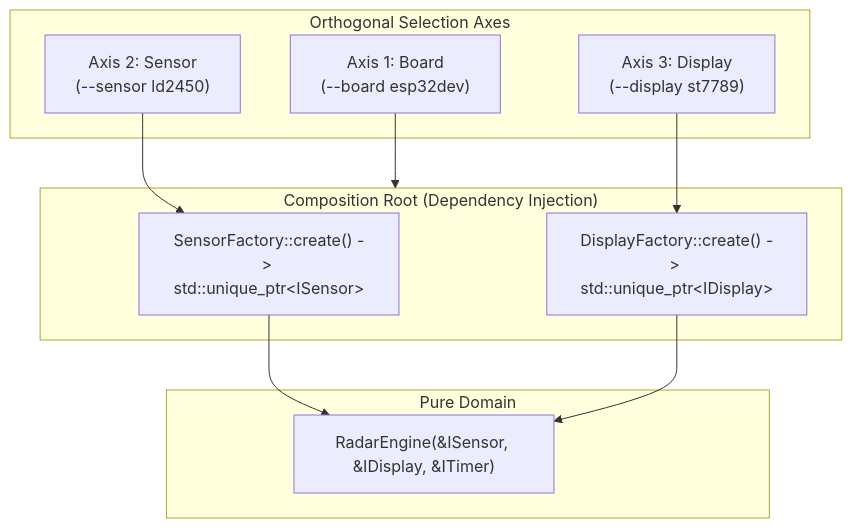
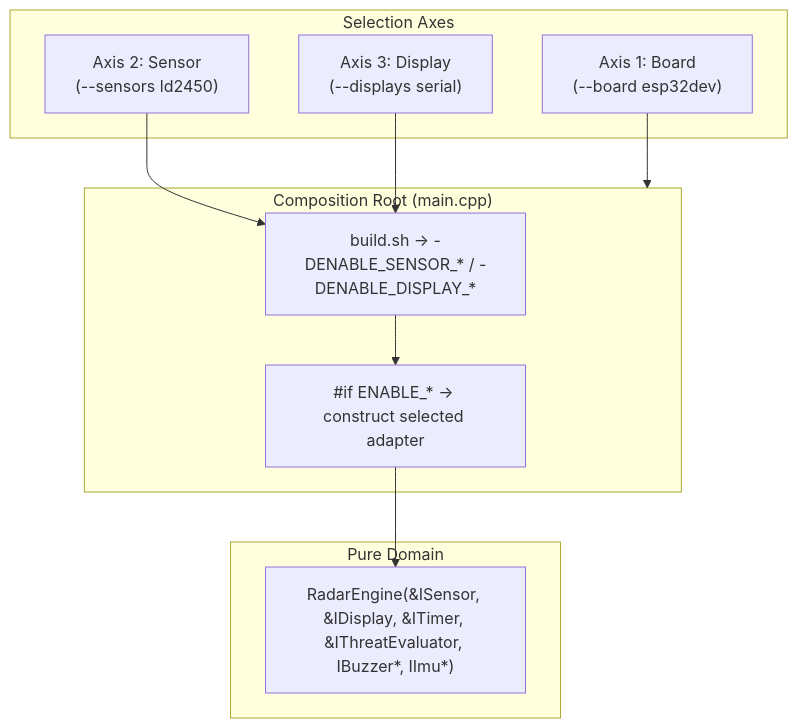
One commit to JaWitold/heartbeat-radar-sensor changed the diagram in docs/orthogonal-architecture.md. Above: the diagram before and after it, drawn with Mermaid. The commit also changed other lines of this file and 26 other files, not shown here.

````diff
--- a/docs/orthogonal-architecture.md
+++ b/docs/orthogonal-architecture.md
@@ -21,23 +21,23 @@
 ```mermaid
 flowchart TD
-    subgraph Axes["Orthogonal Selection Axes"]
+    subgraph Axes["Selection Axes"]
         Board["Axis 1: Board\n(--board esp32dev)"]
-        Sensor["Axis 2: Sensor\n(--sensor ld2450)"]
-        Display["Axis 3: Display\n(--display st7789)"]
+        Sensor["Axis 2: Sensor\n(--sensors ld2450)"]
+        Display["Axis 3: Display\n(--displays serial)"]
     end
 
-    subgraph Factory["Composition Root (Dependency Injection)"]
-        SensorFactory["SensorFactory::create() -> std::unique_ptr&lt;ISensor&gt;"]
-        DisplayFactory["DisplayFactory::create() -> std::unique_ptr&lt;IDisplay&gt;"]
+    subgraph Root["Composition Root (main.cpp)"]
+        Flags["build.sh → -DENABLE_SENSOR_* / -DENABLE_DISPLAY_*"]
+        Select["#if ENABLE_* → construct selected adapter"]
     end
 
     subgraph Domain["Pure Domain"]
-        Core["RadarEngine(&ISensor, &IDisplay, &ITimer)"]
+        Core["RadarEngine(&ISensor, &IDisplay, &ITimer, &IThreatEvaluator, IBuzzer*, IImu*)"]
     end
 
-    Board --> Factory
-    Sensor --> SensorFactory
-    Display --> DisplayFactory
-    SensorFactory --> Core
-    DisplayFactory --> Core
+    Board --> Root
+    Sensor --> Flags
+    Display --> Flags
+    Flags --> Select
+    Select --> Core
 ```
````
